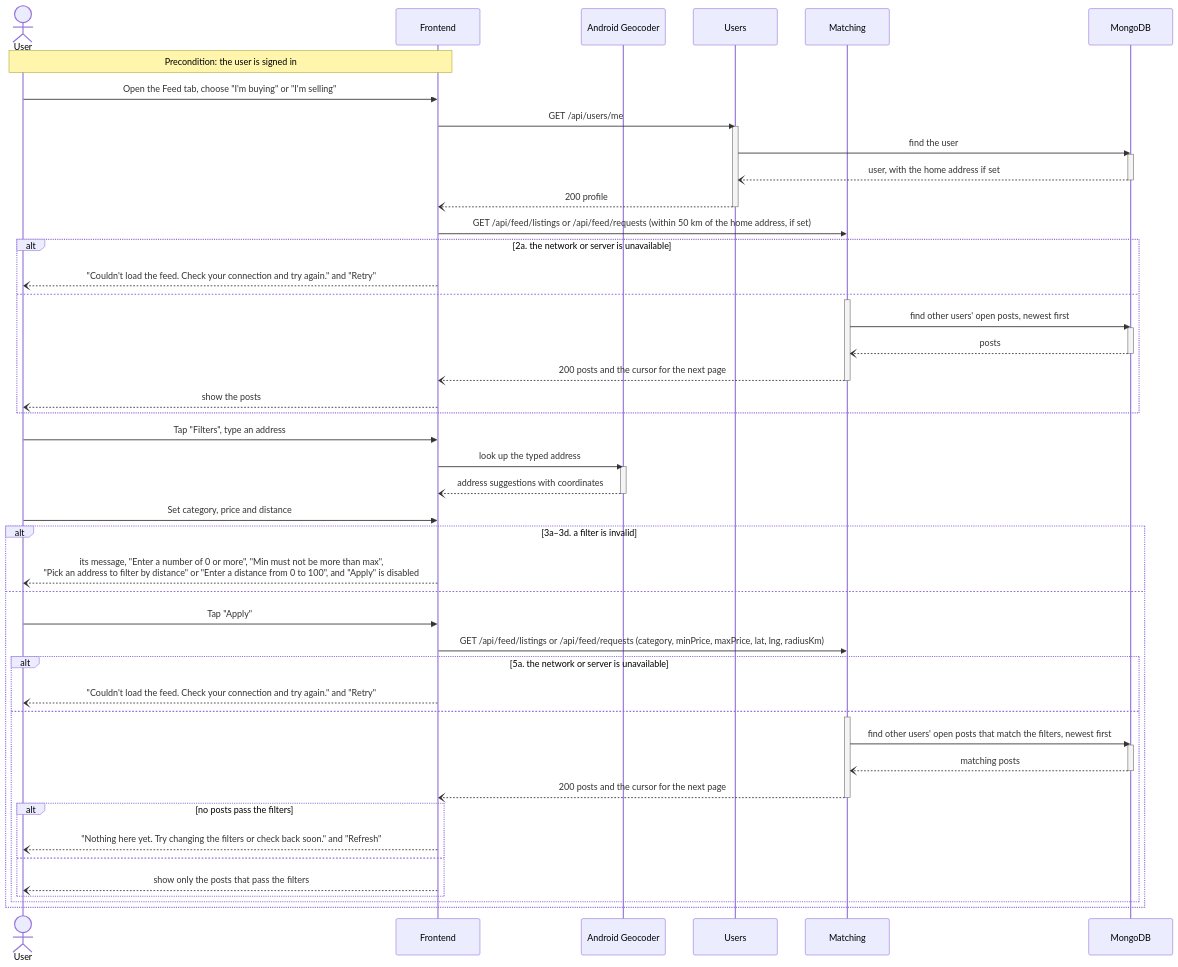
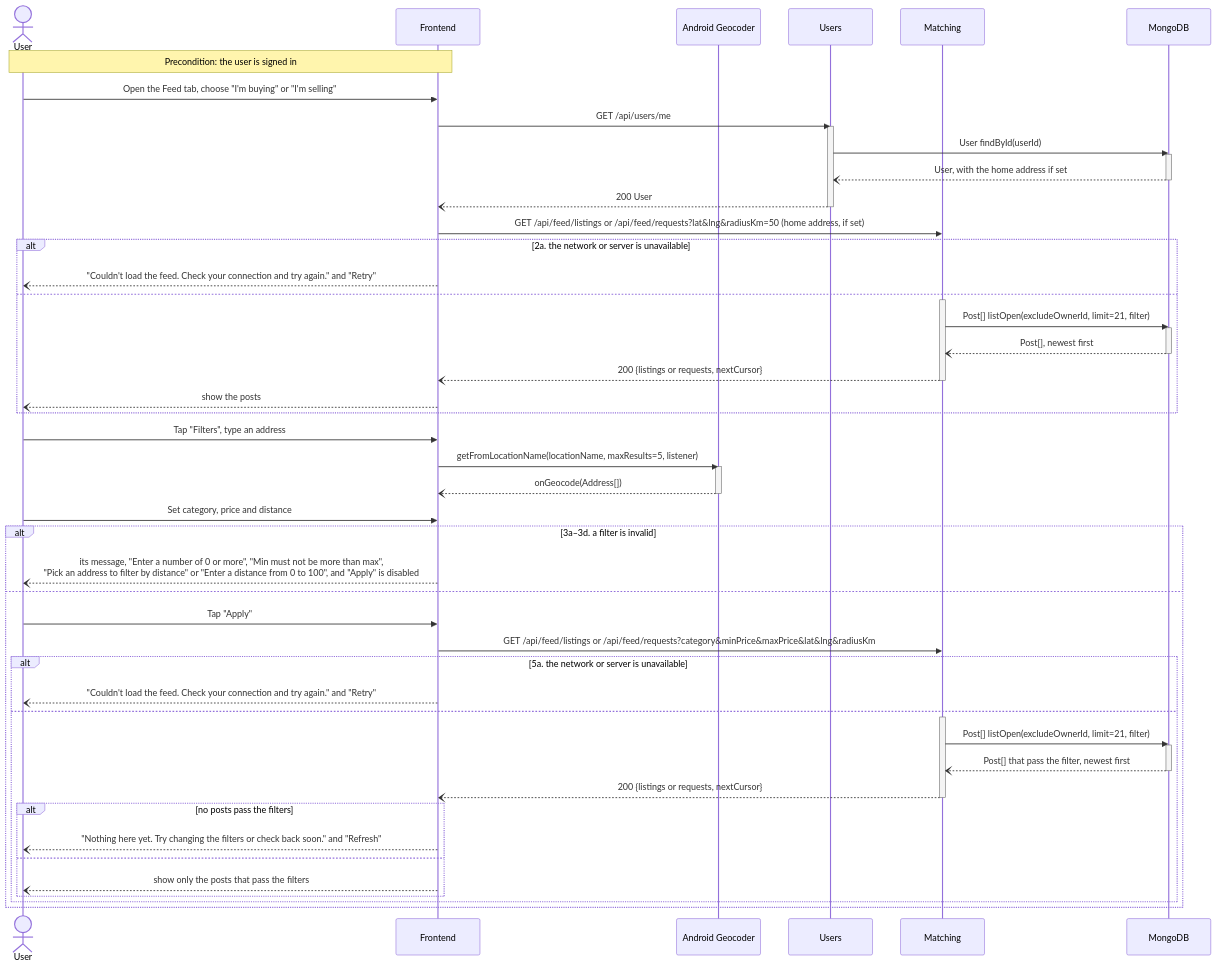
One commit to m1lun/MatchMarket changed the sixth of 6 diagrams in documentation/Requirements_and_Design.md. Above: the diagram before and after it, drawn with Mermaid. The commit also changed other lines of this file and 2 other files, not shown here.

First line of the commit message:
docs: show interfaces instead of descriptions in the sequence diagrams (#243)

````diff
--- a/documentation/Requirements_and_Design.md
+++ b/documentation/Requirements_and_Design.md
@@ -827,60 +940,60 @@
 ```mermaid
 sequenceDiagram
     actor U as User
     participant FE as Frontend
     participant GEO as Android Geocoder
     participant UA as Users
     participant M as Matching
     participant DB as MongoDB
     Note over U,FE: Precondition: the user is signed in
     U->>FE: Open the Feed tab, choose "I'm buying" or "I'm selling"
     FE->>UA: GET /api/users/me
     activate UA
-    UA->>DB: find the user
+    UA->>DB: User findById(userId)
     activate DB
-    DB--)UA: user, with the home address if set
+    DB--)UA: User, with the home address if set
     deactivate DB
-    UA--)FE: 200 profile
+    UA--)FE: 200 User
     deactivate UA
-    FE->>M: GET /api/feed/listings or /api/feed/requests (within 50 km of the home address, if set)
+    FE->>M: GET /api/feed/listings or /api/feed/requests?lat&lng&radiusKm=50 (home address, if set)
     alt 2a. the network or server is unavailable
         FE--)U: "Couldn't load the feed. Check your connection and try again." and "Retry"
     else
         activate M
-        M->>DB: find other users' open posts, newest first
+        M->>DB: Post[] listOpen(excludeOwnerId, limit=21, filter)
         activate DB
-        DB--)M: posts
+        DB--)M: Post[], newest first
         deactivate DB
-        M--)FE: 200 posts and the cursor for the next page
+        M--)FE: 200 {listings or requests, nextCursor}
         deactivate M
         FE--)U: show the posts
     end
     U->>FE: Tap "Filters", type an address
-    FE->>GEO: look up the typed address
+    FE->>GEO: getFromLocationName(locationName, maxResults=5, listener)
     activate GEO
-    GEO--)FE: address suggestions with coordinates
+    GEO--)FE: onGeocode(Address[])
     deactivate GEO
     U->>FE: Set category, price and distance
     alt 3a–3d. a filter is invalid
         FE--)U: its message, "Enter a number of 0 or more", "Min must not be more than max",<br/>"Pick an address to filter by distance" or "Enter a distance from 0 to 100", and "Apply" is disabled
     else
         U->>FE: Tap "Apply"
-        FE->>M: GET /api/feed/listings or /api/feed/requests (category, minPrice, maxPrice, lat, lng, radiusKm)
+        FE->>M: GET /api/feed/listings or /api/feed/requests?category&minPrice&maxPrice&lat&lng&radiusKm
         alt 5a. the network or server is unavailable
             FE--)U: "Couldn't load the feed. Check your connection and try again." and "Retry"
         else
             activate M
-            M->>DB: find other users' open posts that match the filters, newest first
+            M->>DB: Post[] listOpen(excludeOwnerId, limit=21, filter)
             activate DB
-            DB--)M: matching posts
+            DB--)M: Post[] that pass the filter, newest first
             deactivate DB
-            M--)FE: 200 posts and the cursor for the next page
+            M--)FE: 200 {listings or requests, nextCursor}
             deactivate M
             alt no posts pass the filters
                 FE--)U: "Nothing here yet. Try changing the filters or check back soon." and "Refresh"
             else
                 FE--)U: show only the posts that pass the filters
             end
         end
     end
 ```
````
